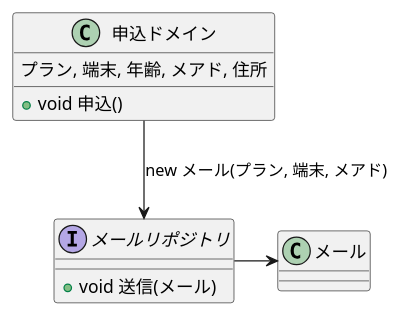
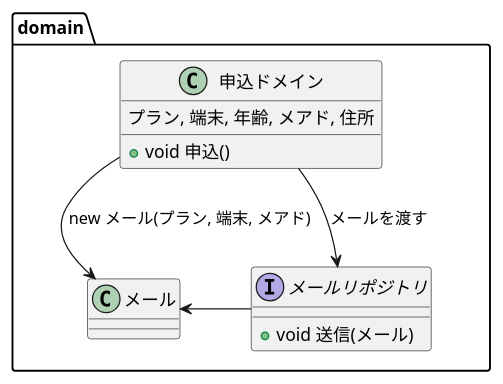
The diagram in 4-mail.puml (suzuki-hoge/genbade-ddd-tokyo), drawn with PlantUML before and after one commit. The commit also changed 101 other files, not shown here.

```diff
--- a/4-mail.puml
+++ b/4-mail.puml
@@ -1,17 +1,20 @@
 @startuml
 
+package domain {
 class 申込ドメイン {
   プラン, 端末, 年齢, メアド, 住所
   + void 申込()
 }
 
 interface メールリポジトリ {
   + void 送信(メール)
 }
 
-申込ドメイン --> メールリポジトリ : new メール(プラン, 端末, メアド)
+申込ドメイン -d-> メールリポジトリ : メールを渡す
 
 class メール
-メールリポジトリ -r-> メール
+メールリポジトリ -l-> メール
+申込ドメイン --> メール : new メール(プラン, 端末, メアド)
+}
 
 @enduml
```
